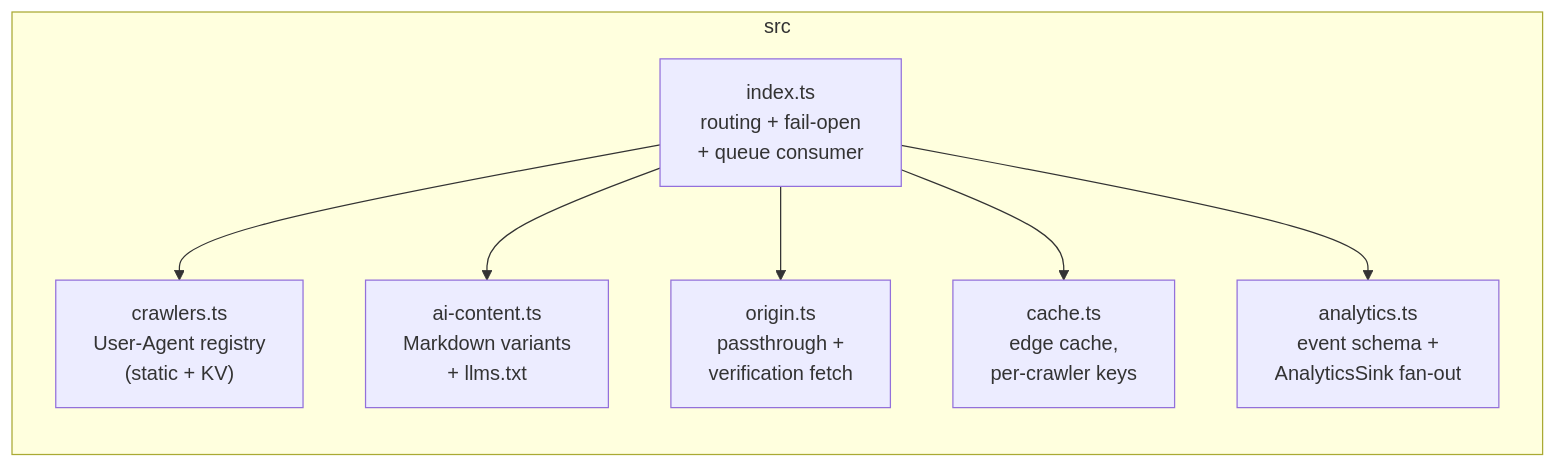
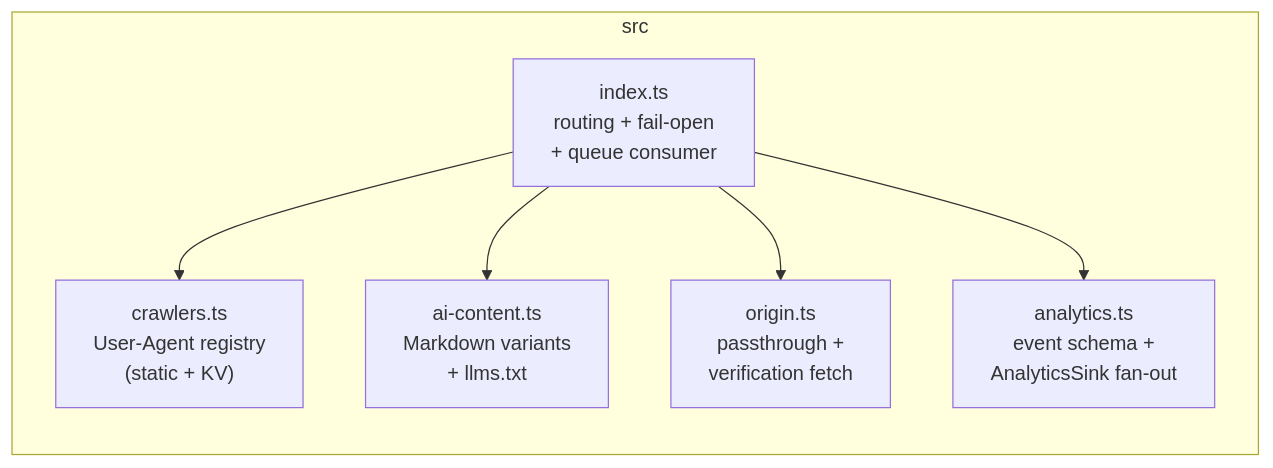
Before and after one commit to michelle-temp/AI-Crawler: the second of 2 diagrams in ARCHITECTURE.md, drawn with Mermaid. The commit also changed other lines of this file and 7 other files, not shown here.

````diff
--- a/ARCHITECTURE.md
+++ b/ARCHITECTURE.md
@@ -42,12 +78,11 @@
 ```mermaid
 flowchart LR
     subgraph src
         I["index.ts<br/>routing + fail-open<br/>+ queue consumer"]
         CR["crawlers.ts<br/>User-Agent registry<br/>(static + KV)"]
         AC["ai-content.ts<br/>Markdown variants<br/>+ llms.txt"]
         OR["origin.ts<br/>passthrough +<br/>verification fetch"]
-        CA["cache.ts<br/>edge cache,<br/>per-crawler keys"]
         AN["analytics.ts<br/>event schema +<br/>AnalyticsSink fan-out"]
     end
-    I --> CR & AC & OR & CA & AN
+    I --> CR & AC & OR & AN
 ```
````
